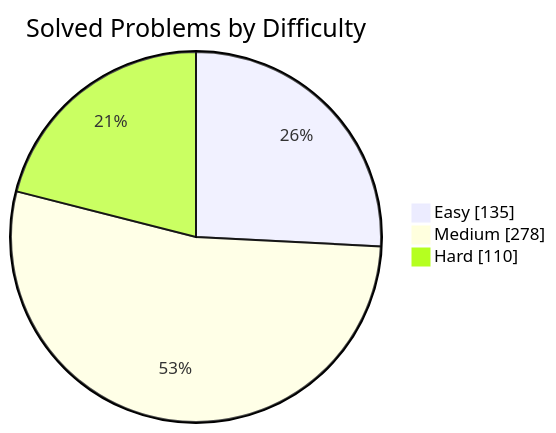
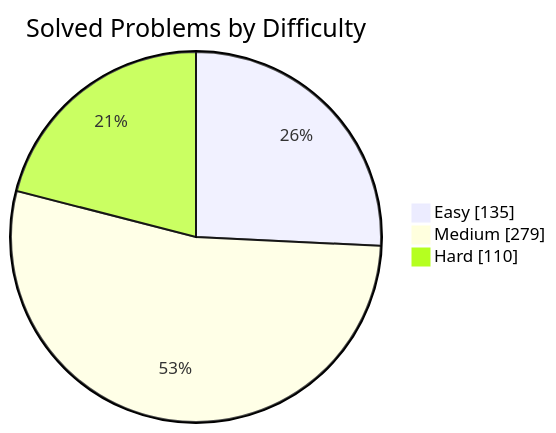
The first of 2 diagrams in README.md (manikantbindass/DSA-Preparation-FAANG), drawn with Mermaid before and after one commit. The commit also changed other lines of this file and 1 other file, not shown here.

````diff
--- a/README.md
+++ b/README.md
@@ -79,7 +79,7 @@
 ```mermaid
 pie showData
     title Solved Problems by Difficulty
     "Easy" : 135
-    "Medium" : 278
+    "Medium" : 279
     "Hard" : 110
 ```
````
